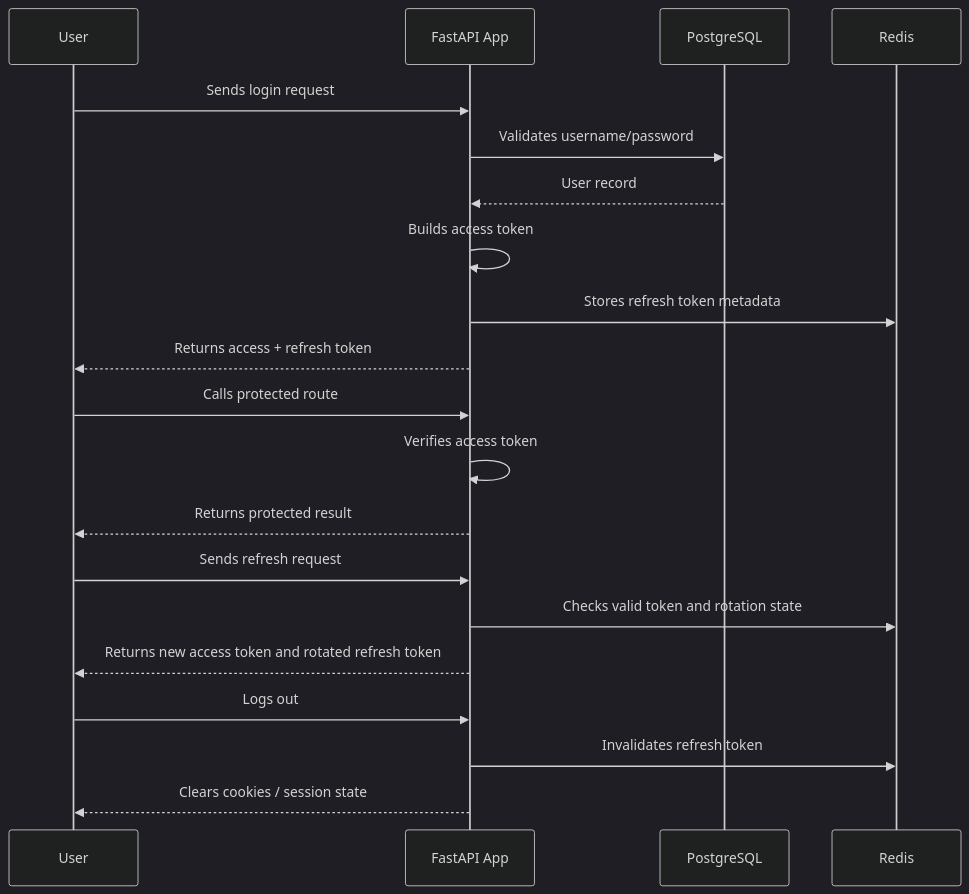
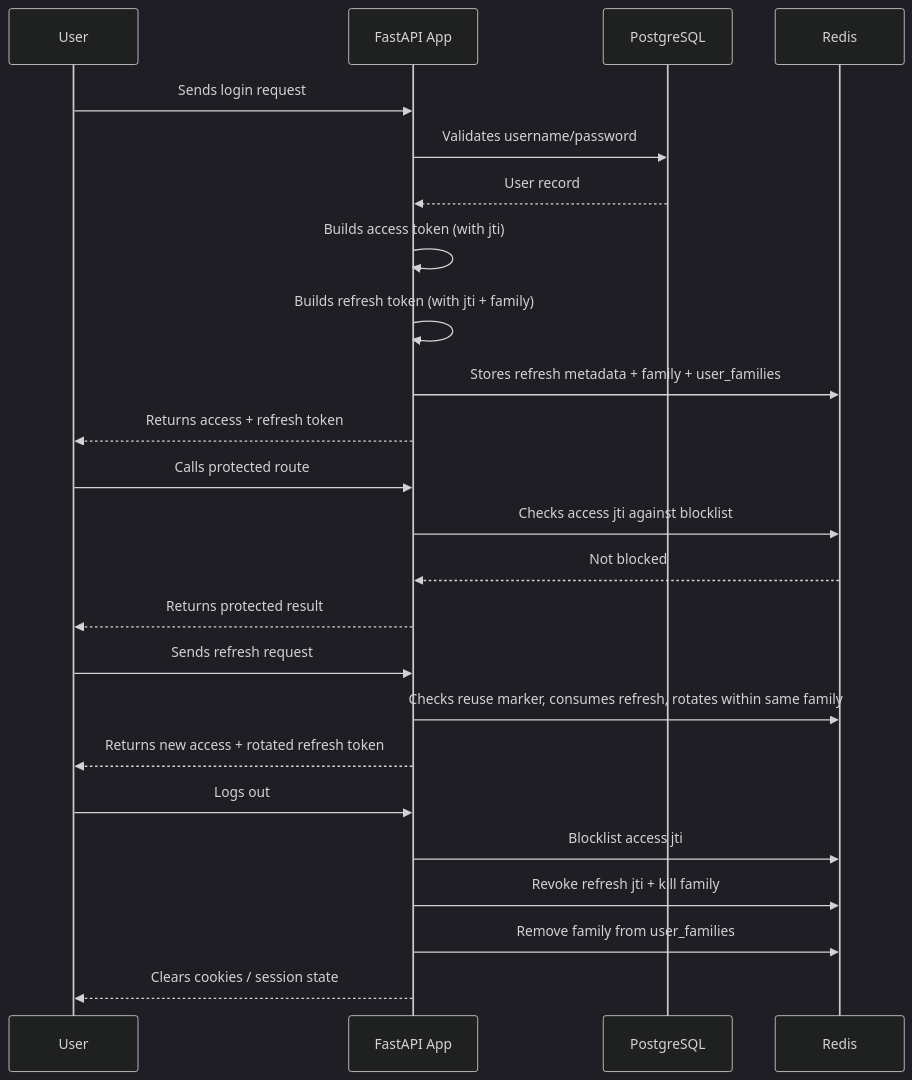
One commit to iot-Noob/API-Boiler-Plate changed the third of 3 diagrams in README.md. Above: the diagram before and after it, drawn with Mermaid (dark theme). The commit also changed other lines of this file and 7 other files, not shown here.

````diff
--- a/README.md
+++ b/README.md
@@ -211,26 +233,30 @@
 ```mermaid
 sequenceDiagram
     participant U as User
     participant API as FastAPI App
     participant DB as PostgreSQL
     participant R as Redis
 
     U->>API: Sends login request
     API->>DB: Validates username/password
     DB-->>API: User record
-    API->>API: Builds access token
-    API->>R: Stores refresh token metadata
+    API->>API: Builds access token (with jti)
+    API->>API: Builds refresh token (with jti + family)
+    API->>R: Stores refresh metadata + family + user_families
     API-->>U: Returns access + refresh token
 
     U->>API: Calls protected route
-    API->>API: Verifies access token
+    API->>R: Checks access jti against blocklist
+    R-->>API: Not blocked
     API-->>U: Returns protected result
 
     U->>API: Sends refresh request
-    API->>R: Checks valid token and rotation state
-    API-->>U: Returns new access token and rotated refresh token
+    API->>R: Checks reuse marker, consumes refresh, rotates within same family
+    API-->>U: Returns new access + rotated refresh token
 
     U->>API: Logs out
-    API->>R: Invalidates refresh token
+    API->>R: Blocklist access jti
+    API->>R: Revoke refresh jti + kill family
+    API->>R: Remove family from user_families
     API-->>U: Clears cookies / session state
 ```
````
